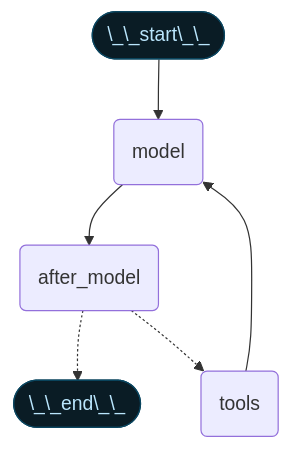
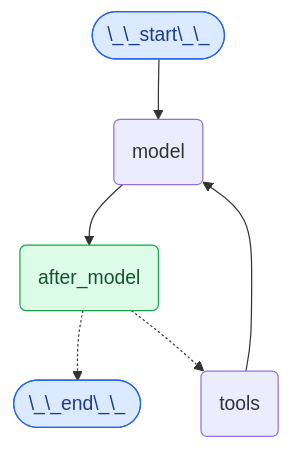
One commit to kunfan96/cndocs-langchain changed the second of 2 diagrams in oss/javascript/langchain/short-term-memory.mdx. Above: the diagram before and after it, drawn with Mermaid. The commit also changed other lines of this file and 2533 other files, not shown here.

````diff
--- a/oss/javascript/langchain/short-term-memory.mdx
+++ b/oss/javascript/langchain/short-term-memory.mdx
@@ -606,26 +607,27 @@
 ```mermaid
 %%{
     init: {
         "fontFamily": "monospace",
         "flowchart": {
         "curve": "basis"
         },
         "themeVariables": {"edgeLabelBackground": "transparent"}
     }
 }%%
 graph TD
     S(["\_\_start\_\_"])
     MODEL(model)
     POST(after_model)
     TOOLS(tools)
     END(["\_\_end\_\_"])
     S --> MODEL
     MODEL --> POST
     POST -.-> END
     POST -.-> TOOLS
     TOOLS --> MODEL
-    classDef blueHighlight fill:#0a1c25,stroke:#0a455f,color:#bae6fd;
+    classDef blueHighlight fill:#DBEAFE,stroke:#2563EB,color:#1E3A8A;
+    classDef greenHighlight fill:#DCFCE7,stroke:#16A34A,color:#14532D;
     class S blueHighlight;
     class END blueHighlight;
     class POST greenHighlight;
 ```
````
